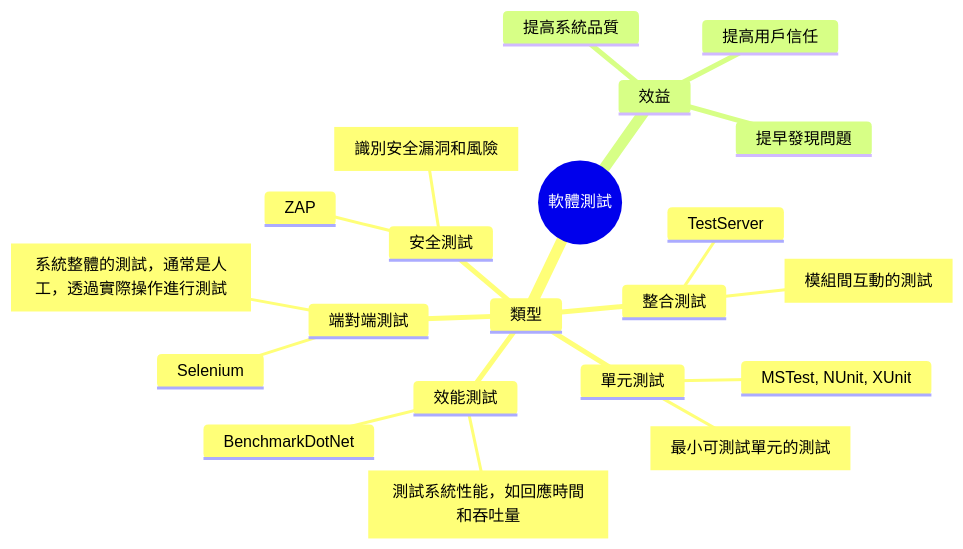
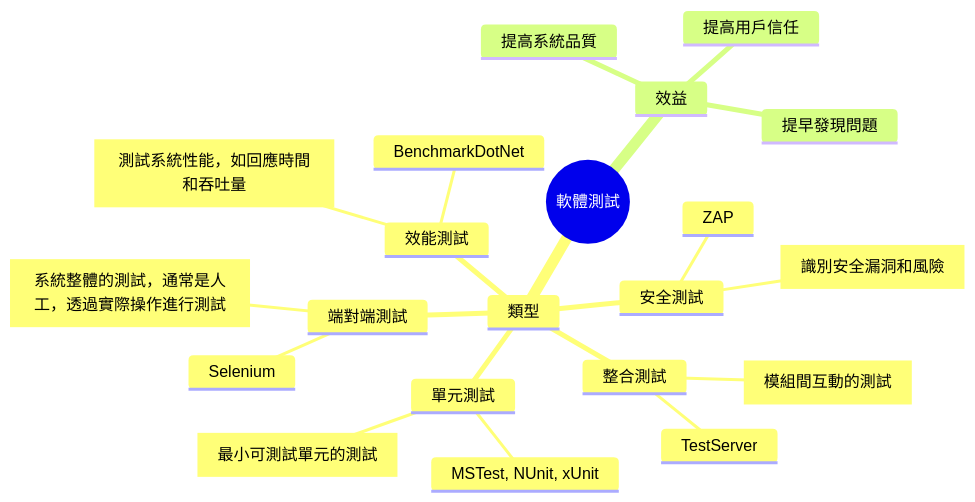
Before and after one commit to deverqqqq/DevElixir: the diagram in docs/dotnet/test/index.md, drawn with Mermaid. The commit also changed 3 other files, not shown here.

````diff
--- a/docs/dotnet/test/index.md
+++ b/docs/dotnet/test/index.md
@@ -16,24 +16,24 @@
 ```mermaid
 mindmap
   root((軟體測試))
     類型
       單元測試
         定義[最小可測試單元的測試]
-        MSTest, NUnit, XUnit
+        MSTest, NUnit, xUnit
       整合測試
         定義[模組間互動的測試]
         TestServer
       端對端測試
         定義[系統整體的測試，通常是人工，透過實際操作進行測試]
         Selenium
       效能測試
         定義[測試系統性能，如回應時間和吞吐量]
         BenchmarkDotNet
       安全測試
         定義[識別安全漏洞和風險]
         ZAP
     效益
       提高系統品質
       提早發現問題
       提高用戶信任
 ```
````
